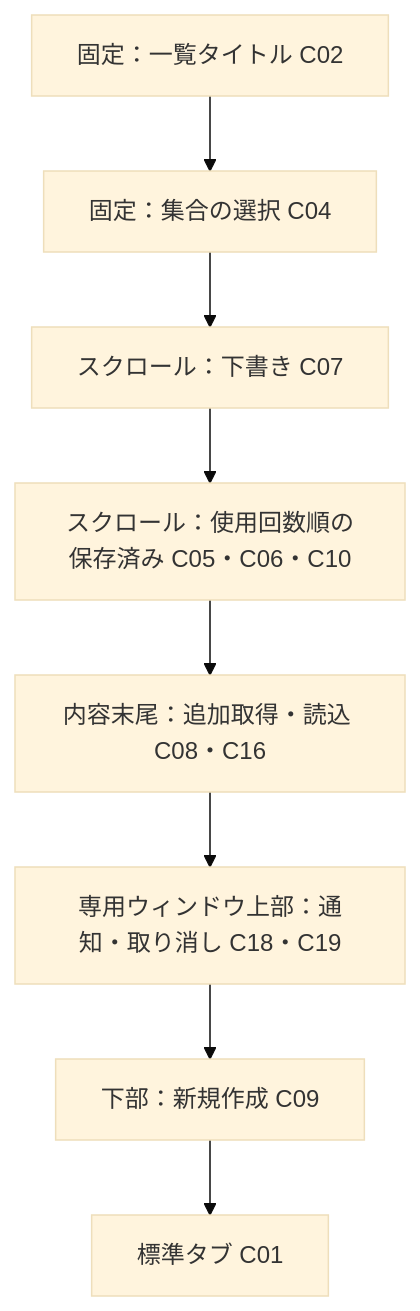
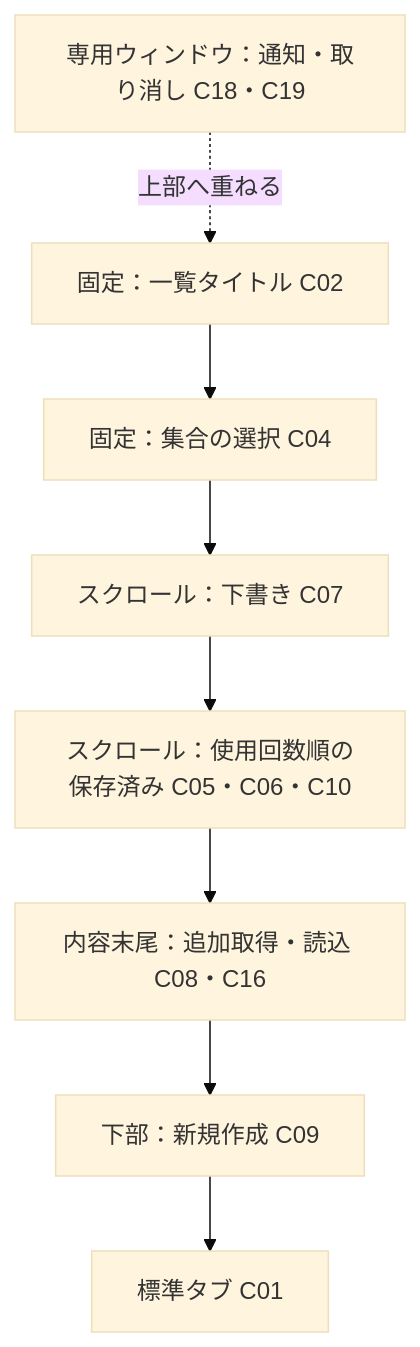
Before and after one commit to 9uiLe/nibble: the second of 4 diagrams in docs/design/screens.md, drawn with Mermaid (base theme). The commit also changed other lines of this file and 13 other files, not shown here.

````diff
--- a/docs/design/screens.md
+++ b/docs/design/screens.md
@@ -35,10 +35,10 @@
 ```mermaid
 flowchart TB
     H[固定：一覧タイトル C02] --> F[固定：集合の選択 C04]
     F --> D[スクロール：下書き C07]
     D --> O[スクロール：使用回数順の保存済み C05・C06・C10]
     O --> M[内容末尾：追加取得・読込 C08・C16]
-    M --> N[専用ウィンドウ上部：通知・取り消し C18・C19]
-    N --> C[下部：新規作成 C09]
+    M --> C[下部：新規作成 C09]
     C --> T[標準タブ C01]
+    N[専用ウィンドウ：通知・取り消し C18・C19] -.上部へ重ねる.-> H
 ```
````
